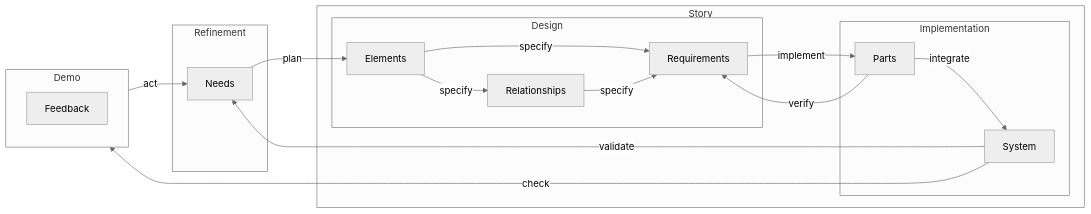
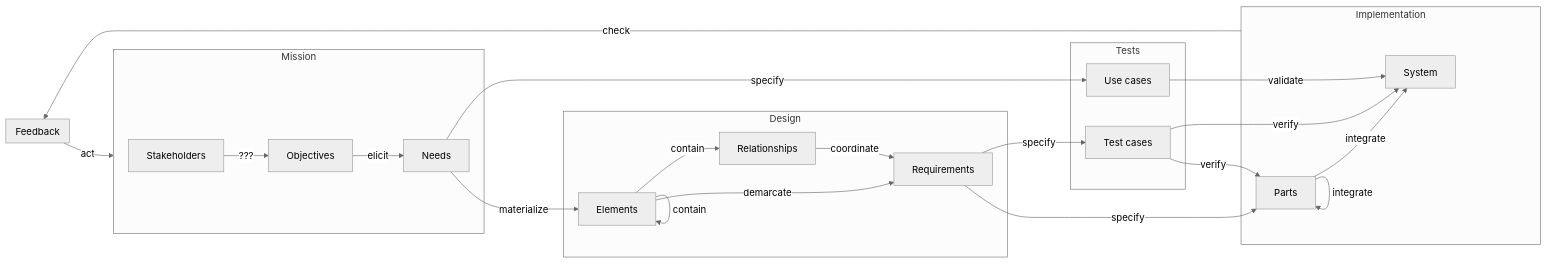
The tenth of 12 diagrams in README.md (firstprinciplesthinking/paper_development_lifecycle), drawn with Mermaid (neutral theme) before and after one commit. The commit also changed other lines of this file, not shown here.

````diff
--- a/README.md
+++ b/README.md
@@ -289,34 +286,51 @@
 ```mermaid
    flowchart LR
-      subgraph Solution ["Story"]
-        subgraph Design
-            Elements
-            Relationships
-            Requirements
-         end
-         subgraph Implementation
-            Parts
-            System
-         end
+      subgraph Design
+         Elements
+         Relationships
+         Requirements
       end
-      
-      subgraph Problem ["Refinement"]
+
+      subgraph Tests
+         UC["Use cases"]
+         TC["Test cases"]
+      end
+
+      subgraph Implementation
+         System["System"]
+         Parts["Parts"]
+      end
+   
+      subgraph Feedback
+      end
+
+      subgraph Mission
+         Stakeholders
+         Objectives
          Needs
       end
-      
-      subgraph Demo
-         Feedback
-      end
 
+      Implementation--"check"-->Feedback
+      Feedback--"act"-->Mission
 
-      Needs--"plan"-->Elements
-      Elements--"specify"-->Requirements
-      Elements--"specify"-->Relationships
-      Relationships--"specify"-->Requirements
-      Requirements--"implement"-->Parts
       Parts--"integrate"-->System
-      Parts--"verify"-->Requirements
-      System--"check"-->Demo
-      System--"validate"-->Needs
-      Demo--"act"-->Needs
+      Parts--"integrate"-->Parts
+      System~~~Parts
+
+      Stakeholders--"???"-->Objectives
+      Objectives--"elicit"-->Needs
+
+      Elements--"demarcate"-->Requirements
+      Relationships--"coordinate"-->Requirements
+      Requirements--"specify"-->Parts
+
+      Needs--"materialize"-->Elements
+      Elements--"contain"-->Relationships
+      Elements--"contain"-->Elements
+      Needs--"specify"-->UC
+      Requirements--"specify"-->TC
+
+      TC--"verify"-->Parts
+      TC--"verify"-->System
+      UC--"validate"-->System
 ```
````
